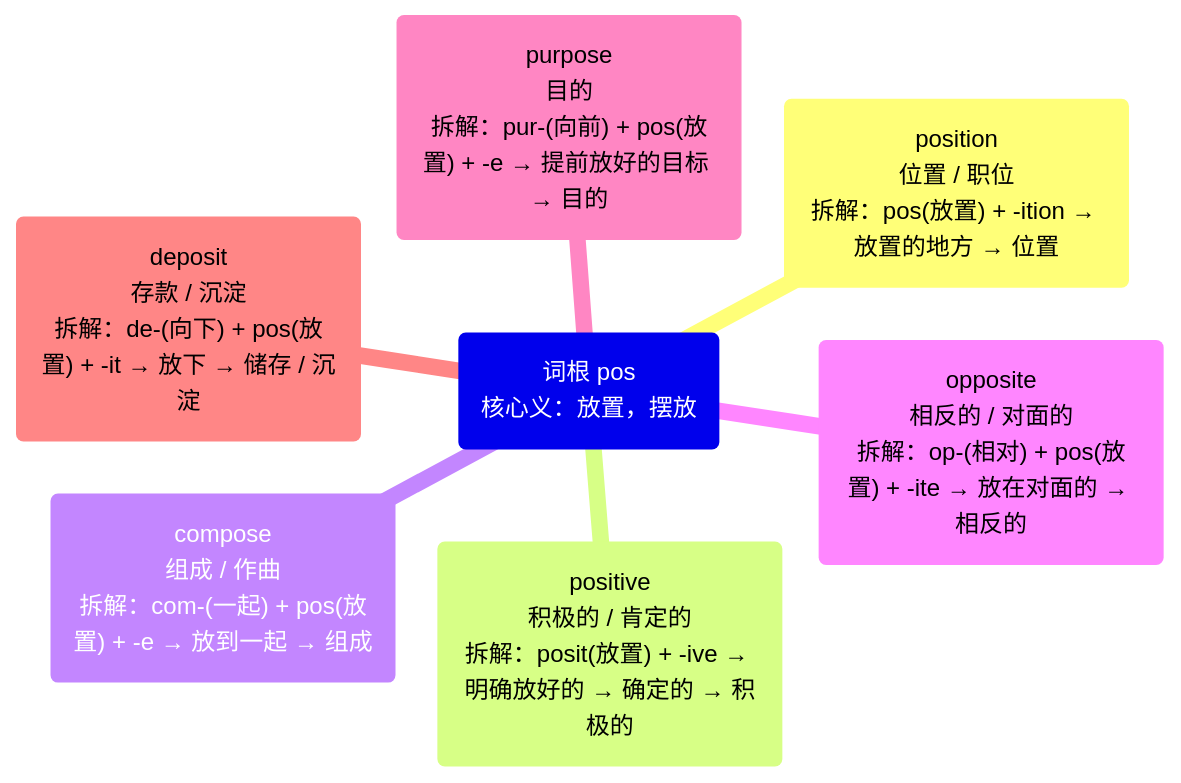
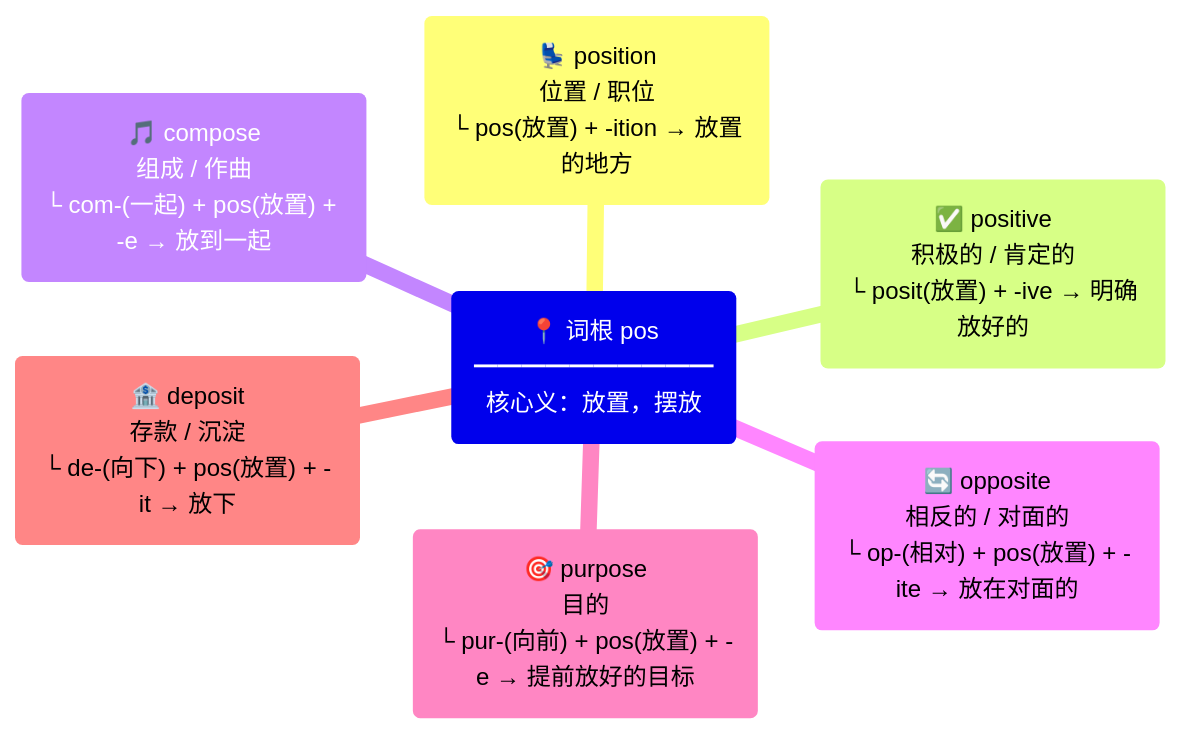
One commit to suhuide/h changed diagram 11 of 31 in files/other/e.md. Above: the diagram before and after it, drawn with Mermaid. The commit also changed other lines of this file, not shown here.

````diff
--- a/files/other/e.md
+++ b/files/other/e.md
@@ -114,10 +114,10 @@
 ```mermaid
 mindmap
-  root("词根 pos<br>核心义：放置，摆放")
-    position("position<br>位置 / 职位<br>拆解：pos(放置) + -ition → 放置的地方 → 位置")
-    positive("positive<br>积极的 / 肯定的<br>拆解：posit(放置) + -ive → 明确放好的 → 确定的 → 积极的")
-    compose("compose<br>组成 / 作曲<br>拆解：com-(一起) + pos(放置) + -e → 放到一起 → 组成")
-    opposite("opposite<br>相反的 / 对面的<br>拆解：op-(相对) + pos(放置) + -ite → 放在对面的 → 相反的")
-    purpose("purpose<br>目的<br>拆解：pur-(向前) + pos(放置) + -e → 提前放好的目标 → 目的")
-    deposit("deposit<br>存款 / 沉淀<br>拆解：de-(向下) + pos(放置) + -it → 放下 → 储存 / 沉淀")
+  root("📍 词根 pos<br>━━━━━━━━━━<br>核心义：放置，摆放")
+    position("💺 position<br>位置 / 职位<br>└ pos(放置) + -ition → 放置的地方")
+    positive("✅ positive<br>积极的 / 肯定的<br>└ posit(放置) + -ive → 明确放好的")
+    compose("🎵 compose<br>组成 / 作曲<br>└ com-(一起) + pos(放置) + -e → 放到一起")
+    opposite("🔄 opposite<br>相反的 / 对面的<br>└ op-(相对) + pos(放置) + -ite → 放在对面的")
+    purpose("🎯 purpose<br>目的<br>└ pur-(向前) + pos(放置) + -e → 提前放好的目标")
+    deposit("🏦 deposit<br>存款 / 沉淀<br>└ de-(向下) + pos(放置) + -it → 放下")
 ```
````
